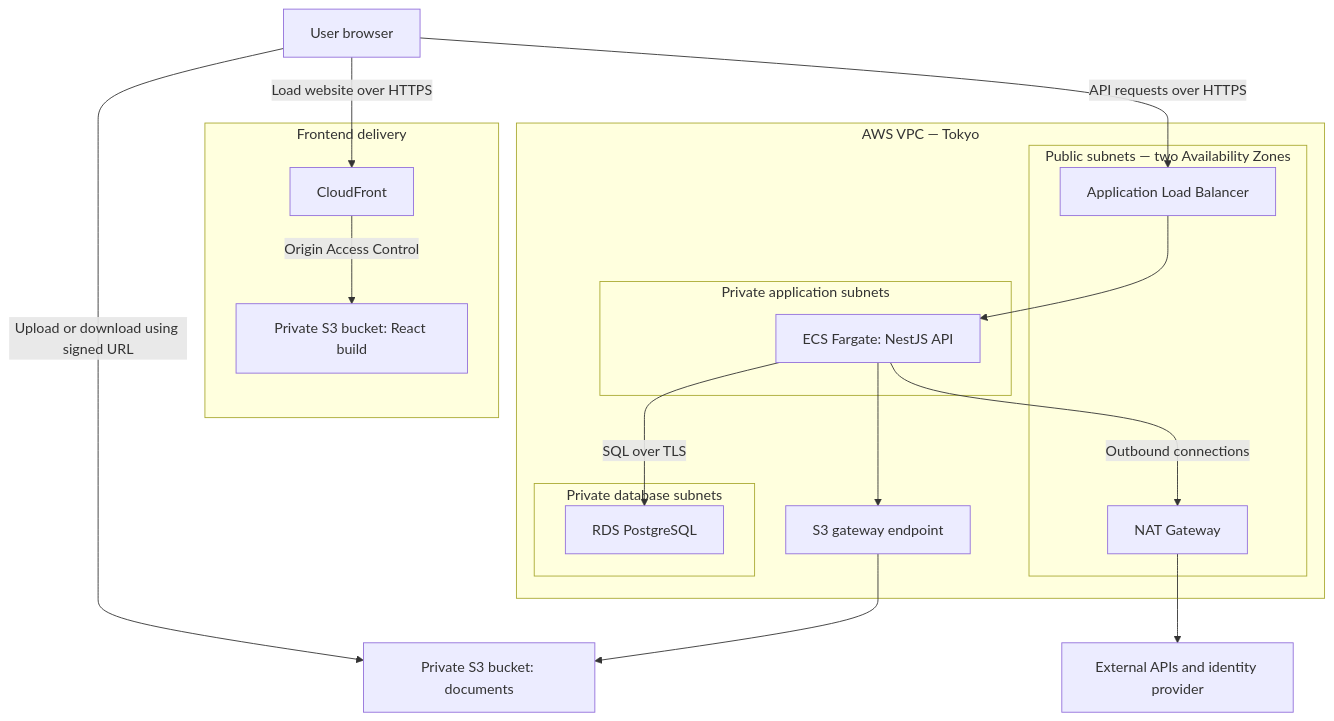
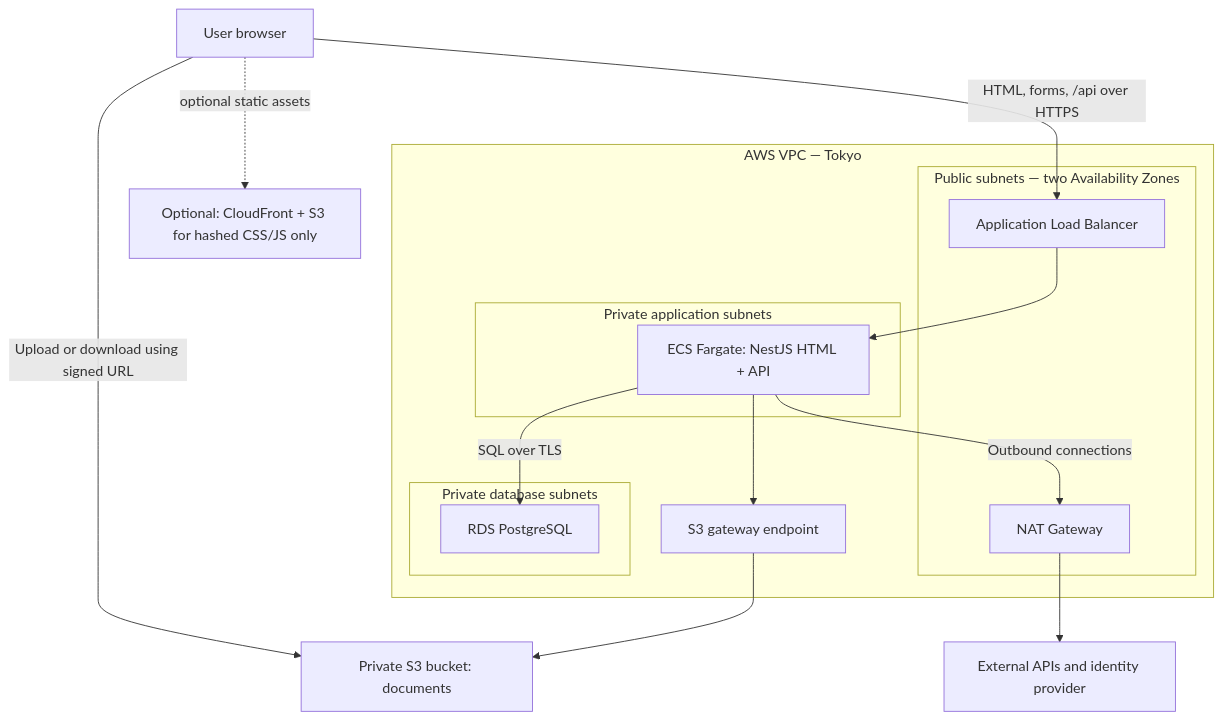
One commit to murasakijyuutann/University_library_app changed the first of 2 diagrams in docs/aws-cloud-infrastructure-plan.md. Above: the diagram before and after it, drawn with Mermaid. The commit also changed other lines of this file and 7 other files, not shown here.

````diff
--- a/docs/aws-cloud-infrastructure-plan.md
+++ b/docs/aws-cloud-infrastructure-plan.md
@@ -9,40 +9,35 @@
 ```mermaid
 flowchart TD
     Browser["User browser"]
-
-    subgraph Edge["Frontend delivery"]
-        CDN["CloudFront"]
-        Web["Private S3 bucket: React build"]
-    end
 
     subgraph VPC["AWS VPC — Tokyo"]
         subgraph Public["Public subnets — two Availability Zones"]
             ALB["Application Load Balancer"]
             NAT["NAT Gateway"]
         end
 
         subgraph App["Private application subnets"]
-            API["ECS Fargate: NestJS API"]
+            Nest["ECS Fargate: NestJS HTML + API"]
         end
 
         subgraph Data["Private database subnets"]
             DB["RDS PostgreSQL"]
         end
 
         Endpoint["S3 gateway endpoint"]
     end
 
     Docs["Private S3 bucket: documents"]
+    Assets["Optional: CloudFront + S3 for hashed CSS/JS only"]
     External["External APIs and identity provider"]
 
-    Browser -->|"Load website over HTTPS"| CDN
-    CDN -->|"Origin Access Control"| Web
-    Browser -->|"API requests over HTTPS"| ALB
-    ALB --> API
-    API -->|"SQL over TLS"| DB
-    API --> Endpoint
+    Browser -->|"HTML, forms, /api over HTTPS"| ALB
+    ALB --> Nest
+    Browser -.->|"optional static assets"| Assets
+    Nest -->|"SQL over TLS"| DB
+    Nest --> Endpoint
     Endpoint --> Docs
     Browser -->|"Upload or download using signed URL"| Docs
-    API -->|"Outbound connections"| NAT
+    Nest -->|"Outbound connections"| NAT
     NAT --> External
 ```
````
